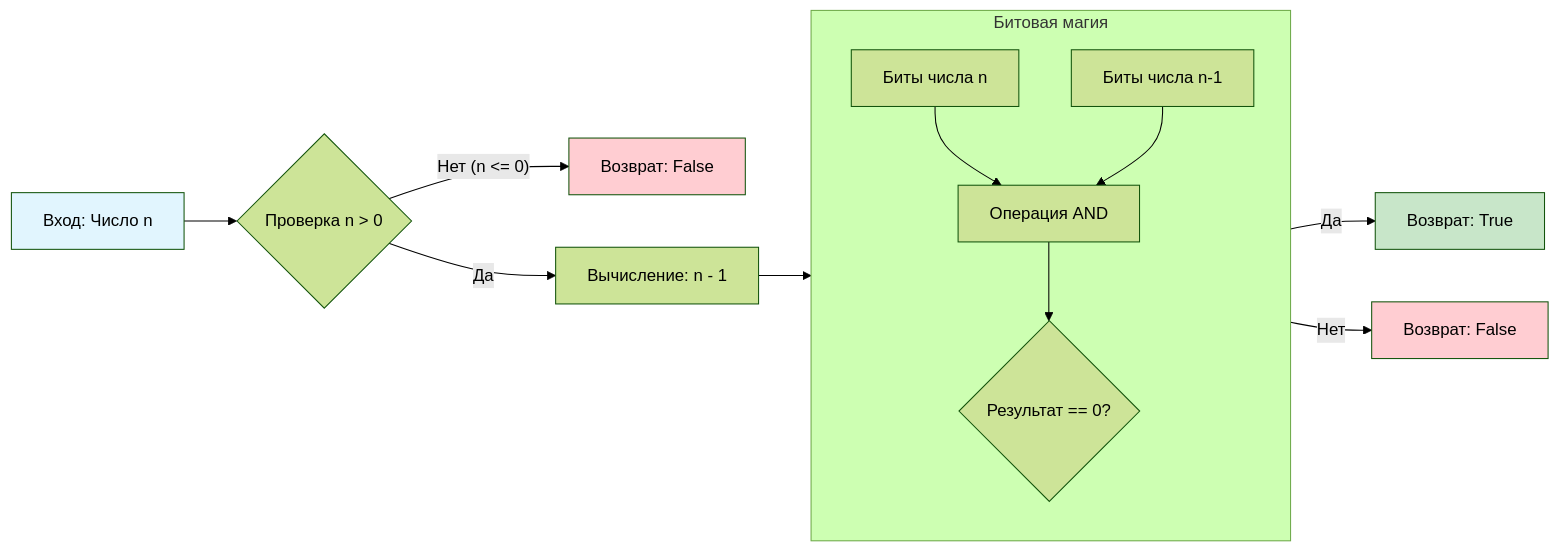
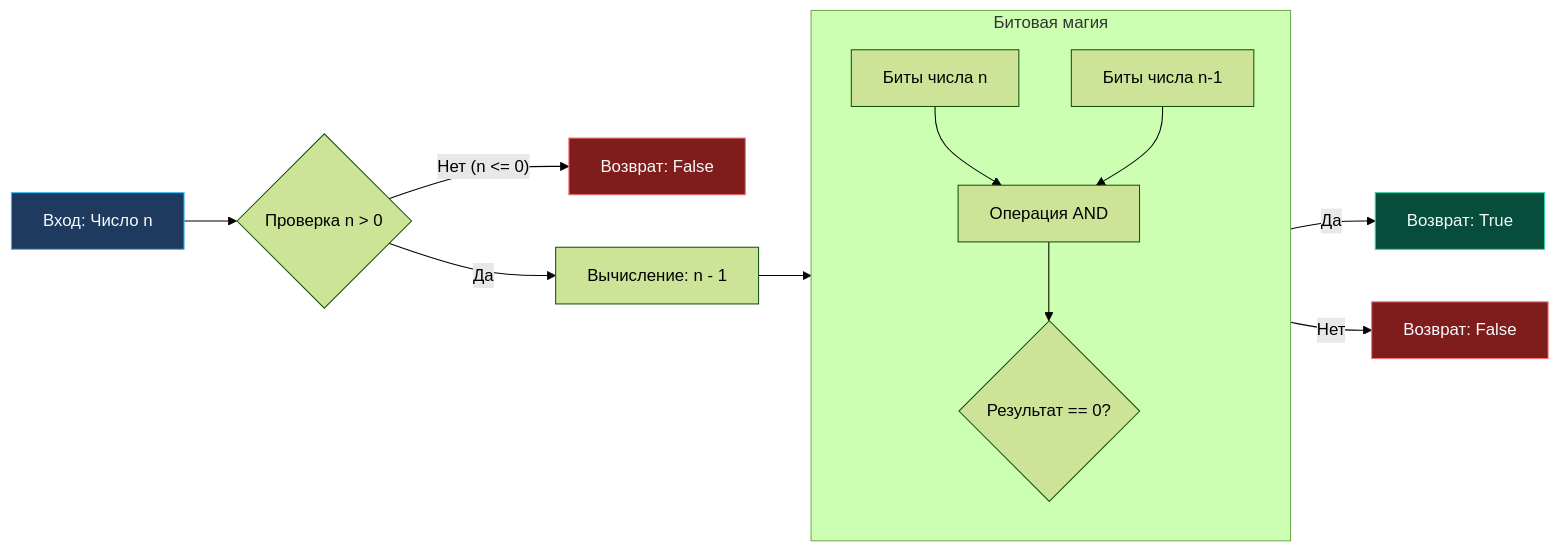
One commit to UnrealTemplier/go-textbook changed the diagram in sources/21. Задачи с LeetCode и собеседований на Go/02. Задачи/22. Битовые операции/6. Power of Two.md. Above: the diagram before and after it, drawn with Mermaid (forest theme). The commit also changed 310 other files, not shown here.

First line of the commit message:
fix(mermaid): replace light fill colors with dark palette for readability on dark theme

````diff
--- a/sources/21. Задачи с LeetCode и собеседований на Go/02. Задачи/22. Битовые операции/6. Power of Two.md
+++ b/sources/21. Задачи с LeetCode и собеседований на Go/02. Задачи/22. Битовые операции/6. Power of Two.md
@@ -147,25 +147,25 @@
 ```mermaid
 flowchart LR
     Input["Вход: Число n"] --> CheckPos{"Проверка n > 0"}
     
     CheckPos -- "Нет (n <= 0)" --> ReturnFalse["Возврат: False"]
     
     CheckPos -- "Да" --> CalcSub["Вычисление: n - 1"]
     
     subgraph Битовая магия
         direction TB
         B1["Биты числа n"] --> AND["Операция AND"]
         B2["Биты числа n-1"] --> AND
         AND --> Result{"Результат == 0?"}
     end
     
     CalcSub --> B2
     
     Result -- "Да" --> ReturnTrue["Возврат: True"]
     Result -- "Нет" --> ReturnFalse2["Возврат: False"]
 
-    style Input fill:#e1f5fe
-    style ReturnTrue fill:#c8e6c9
-    style ReturnFalse fill:#ffcdd2
-    style ReturnFalse2 fill:#ffcdd2
+    style Input fill:#1e3a5f,stroke:#38bdf8,color:#f8fafc
+    style ReturnTrue fill:#064e3b,stroke:#34d399,color:#f8fafc
+    style ReturnFalse fill:#7f1d1d,stroke:#f87171,color:#f8fafc
+    style ReturnFalse2 fill:#7f1d1d,stroke:#f87171,color:#f8fafc
 ```
````
